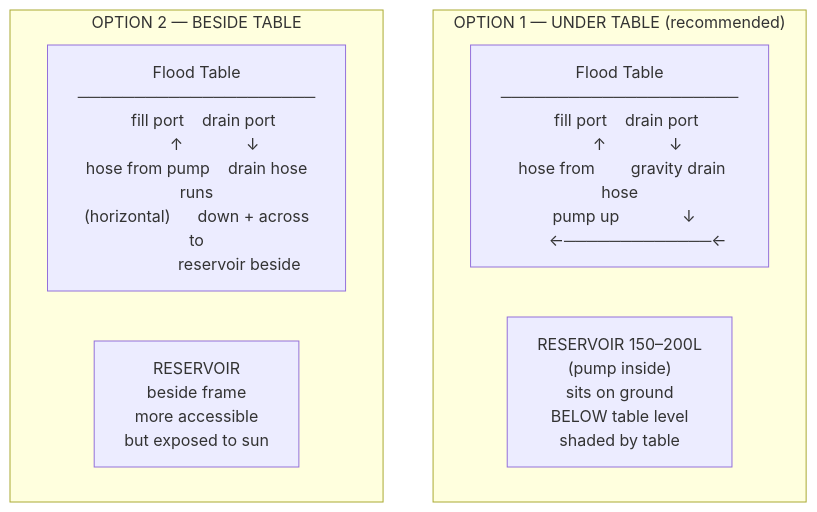
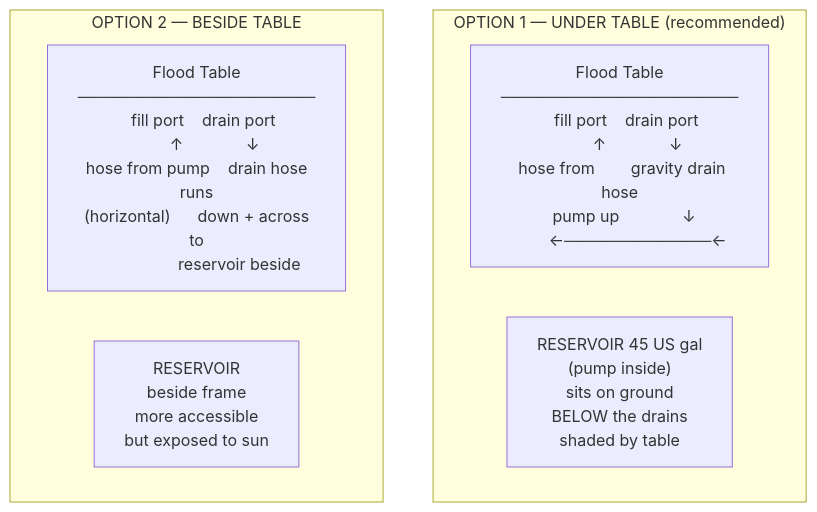
Before and after one commit to UncleJS/guide_hydroponics: the fifth of 8 diagrams in guide/ebb-and-flow/11-build-guide.md, drawn with Mermaid. The commit also changed other lines of this file and 35 other files, not shown here.

````diff
--- a/guide/ebb-and-flow/11-build-guide.md
+++ b/guide/ebb-and-flow/11-build-guide.md
@@ -392,11 +392,11 @@
 ```mermaid
 flowchart TD
     subgraph under["OPTION 1 — UNDER TABLE (recommended)"]
         T_u["Flood Table<br/>─────────────────────<br/>   fill port    drain port<br/>        ↑              ↓<br/>  hose from        gravity drain hose<br/>  pump up              ↓<br/>        ←─────────────←"]
-        R_u["RESERVOIR 150–200L<br/>  (pump inside)<br/>  sits on ground<br/>  BELOW table level<br/>  shaded by table"]
+        R_u["RESERVOIR 45 US gal<br/>  (pump inside)<br/>  sits on ground<br/>  BELOW the drains<br/>  shaded by table"]
     end
     subgraph beside["OPTION 2 — BESIDE TABLE"]
         T_b["Flood Table<br/>─────────────────────<br/>   fill port    drain port<br/>        ↑              ↓<br/> hose from pump    drain hose runs<br/> (horizontal)      down + across to<br/>                   reservoir beside"]
         R_b["RESERVOIR<br/>  beside frame<br/>  more accessible<br/>  but exposed to sun"]
     end
 ```
````
